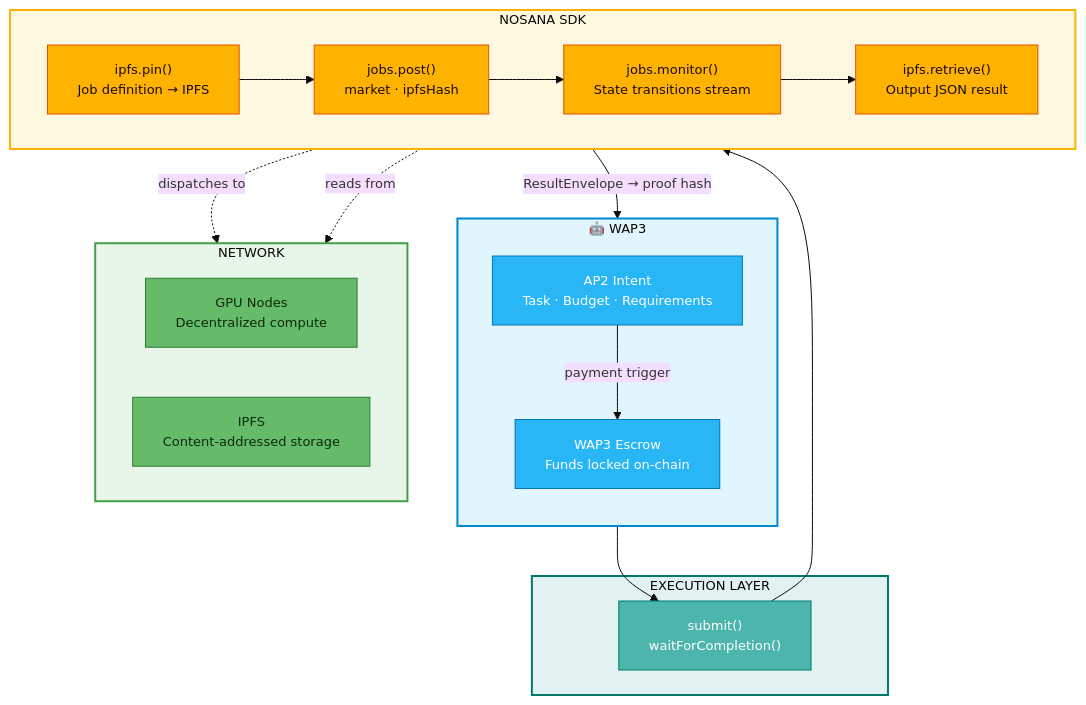
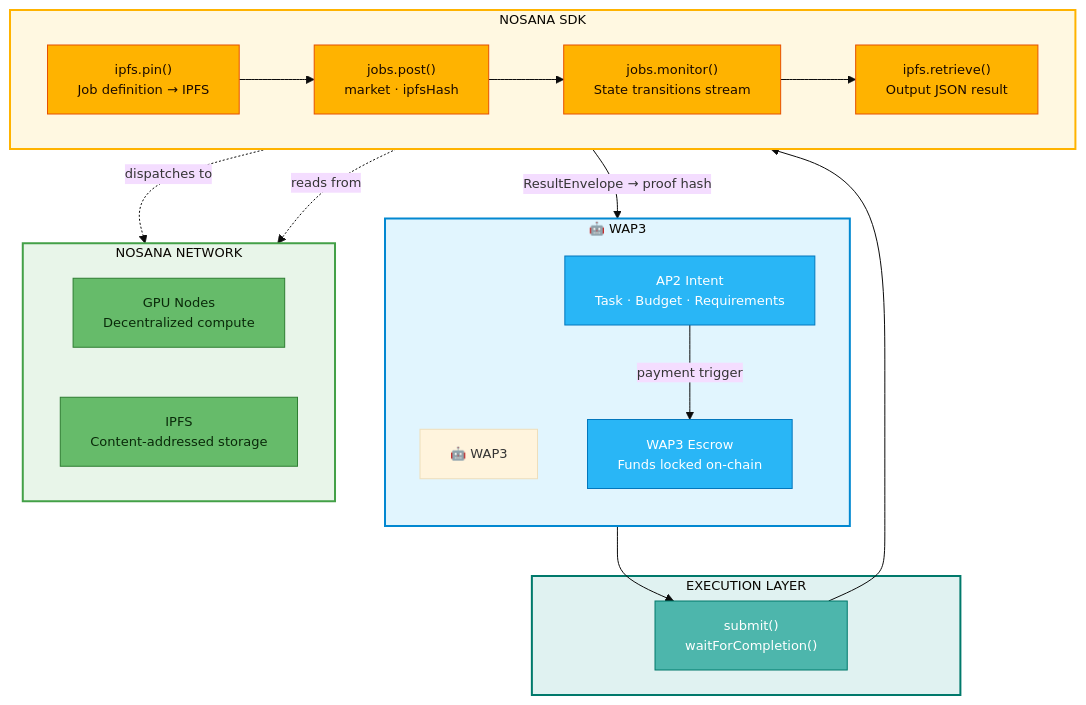
Before and after one commit to nelsonjingusc/wap3-agent-payment-poc: the second of 3 diagrams in docs/NOSANA_INTEGRATION.md, drawn with Mermaid.

Commit message:
update diagram

```diff
--- a/docs/NOSANA_INTEGRATION.md
+++ b/docs/NOSANA_INTEGRATION.md
@@ -89,6 +89,7 @@
 %% =====================
 subgraph APP["🤖  WAP3 "]
     direction TB
+    APP_T["🤖  WAP3"]
     A1["AP2 Intent
 Task · Budget · Requirements"]
     A2["WAP3 Escrow
@@ -123,7 +124,7 @@
 %% =====================
 %% NETWORK (FORCED HORIZONTAL)
 %% =====================
-subgraph NET["NETWORK"]
+subgraph NET["NOSANA NETWORK"]
     direction LR
     G["GPU Nodes
 Decentralized compute"]
```
